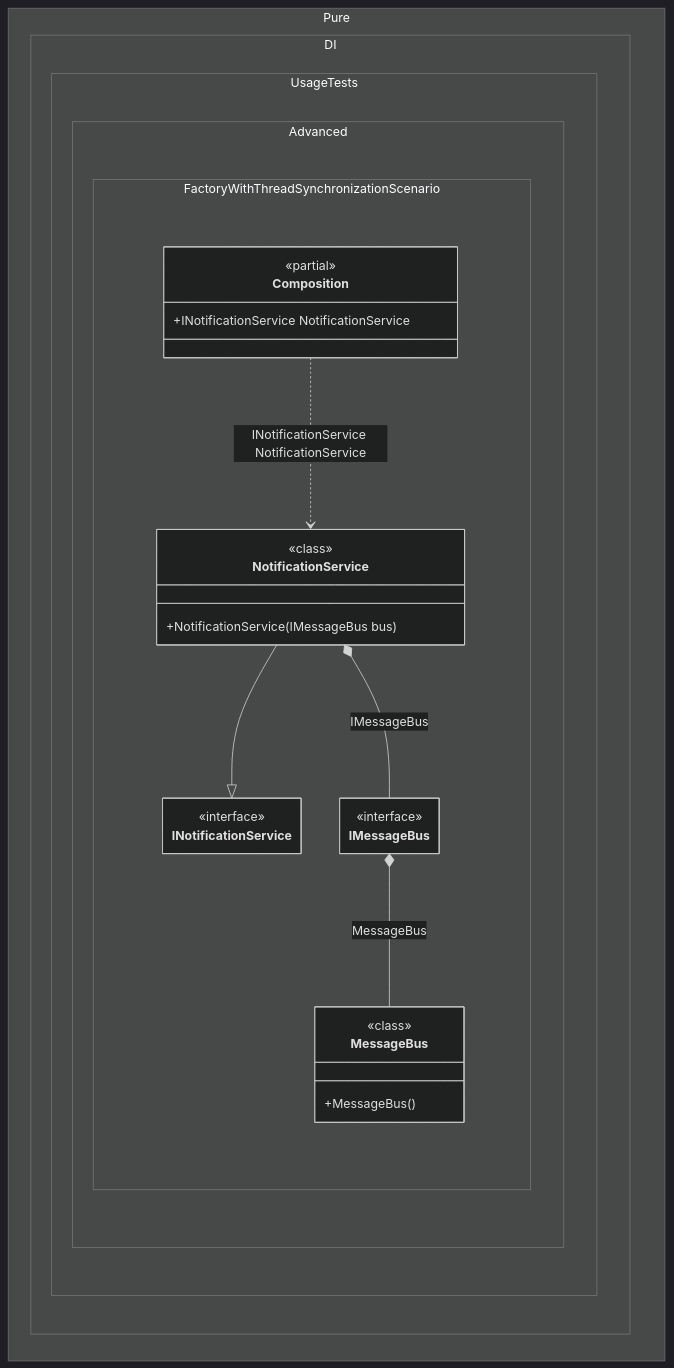
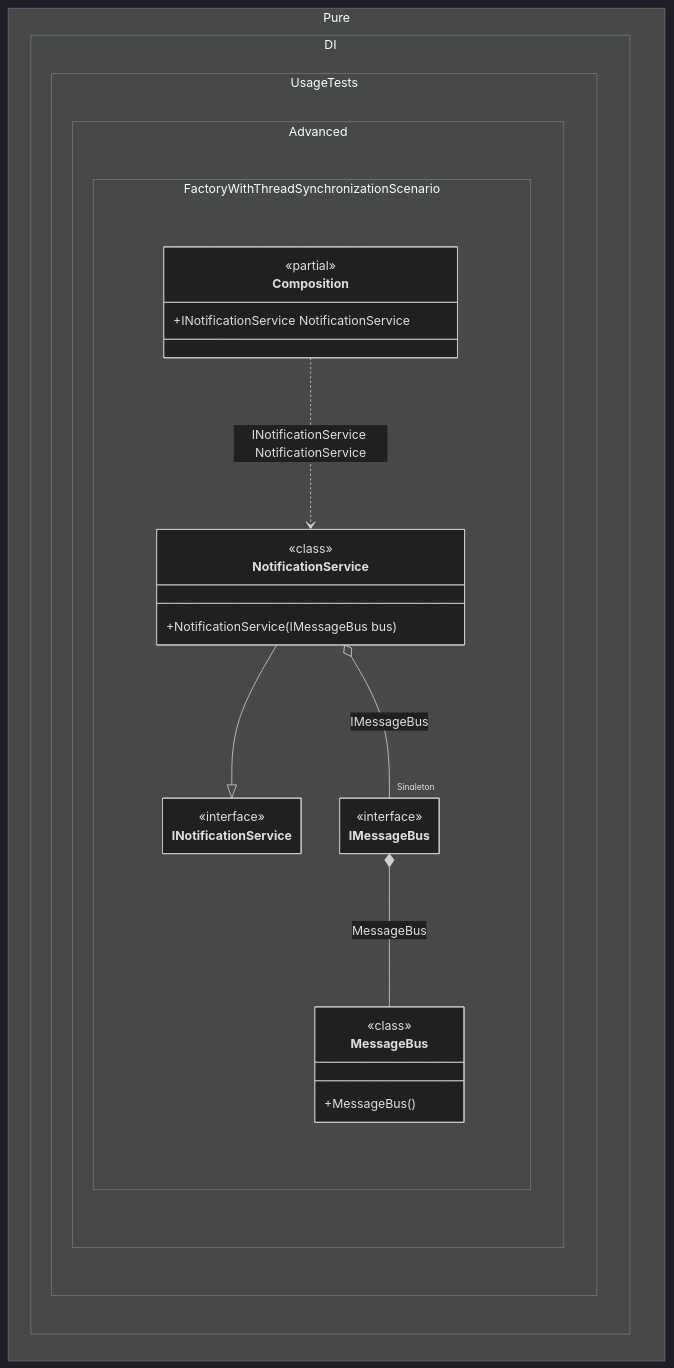
The diagram in readme/factory-with-thread-synchronization.md (DevTeam/Pure.DI), drawn with Mermaid (dark theme) before and after one commit. The commit also changed other lines of this file and 56 other files, not shown here.

````diff
--- a/readme/factory-with-thread-synchronization.md
+++ b/readme/factory-with-thread-synchronization.md
@@ -132,32 +149,32 @@
 ```mermaid
 ---
  config:
   class:
    hideEmptyMembersBox: true
 ---
 classDiagram
 	NotificationService --|> INotificationService
 	Composition ..> NotificationService : INotificationService NotificationService
 	IMessageBus *-- MessageBus : MessageBus
-	NotificationService *-- IMessageBus : IMessageBus
+	NotificationService o-- "Singleton" IMessageBus : IMessageBus
 	namespace Pure.DI.UsageTests.Advanced.FactoryWithThreadSynchronizationScenario {
 		class Composition {
 		<<partial>>
 		+INotificationService NotificationService
 		}
 		class IMessageBus {
 				<<interface>>
 		}
 		class INotificationService {
 			<<interface>>
 		}
 		class MessageBus {
 				<<class>>
 			+MessageBus()
 		}
 		class NotificationService {
 				<<class>>
 			+NotificationService(IMessageBus bus)
 		}
 	}
 ```
````
